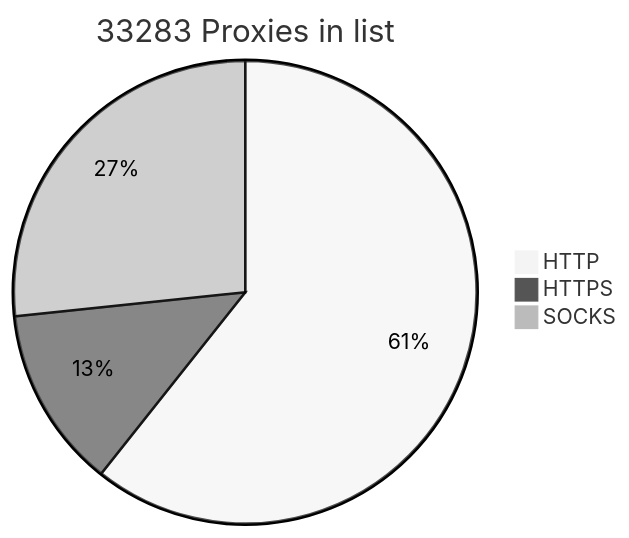
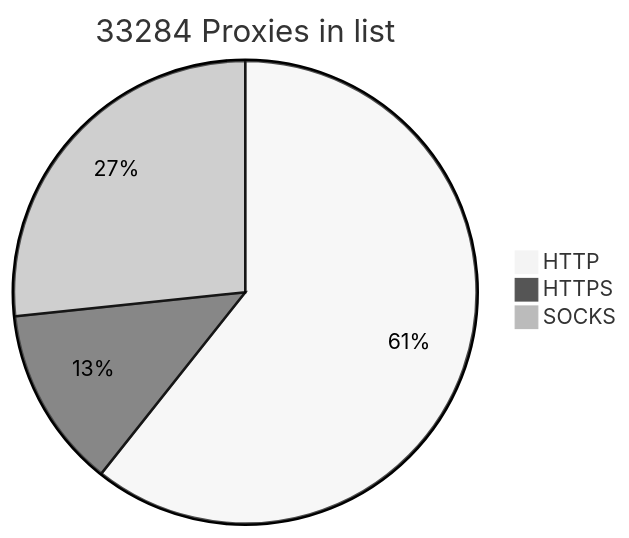
The diagram in README.md (BlackSnowDot/proxylist-update-every-minute), drawn with Mermaid (neutral theme) before and after one commit.

````diff
--- a/README.md
+++ b/README.md
@@ -2,6 +2,6 @@
 ```mermaid
-pie title 33283 Proxies in list
+pie title 33284 Proxies in list
     "HTTP" : 22347
     "HTTPS": 4664
-    "SOCKS" : 9817
+    "SOCKS" : 9818
 ```
````
